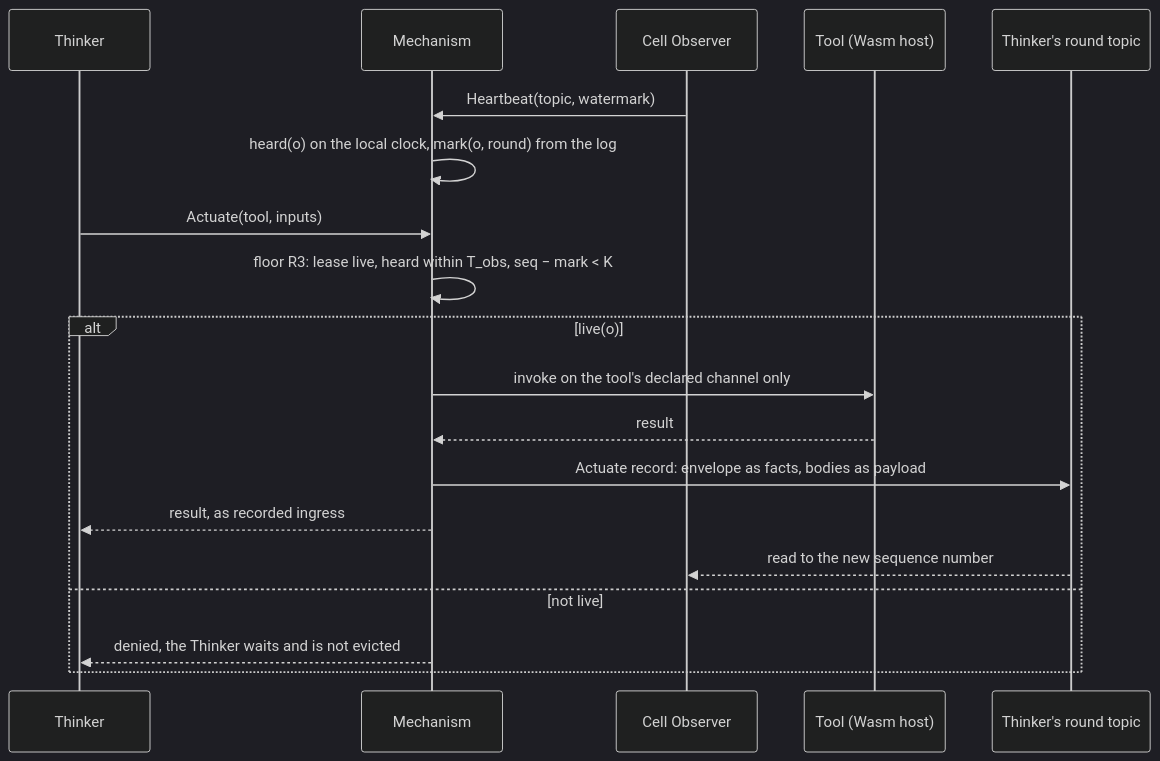
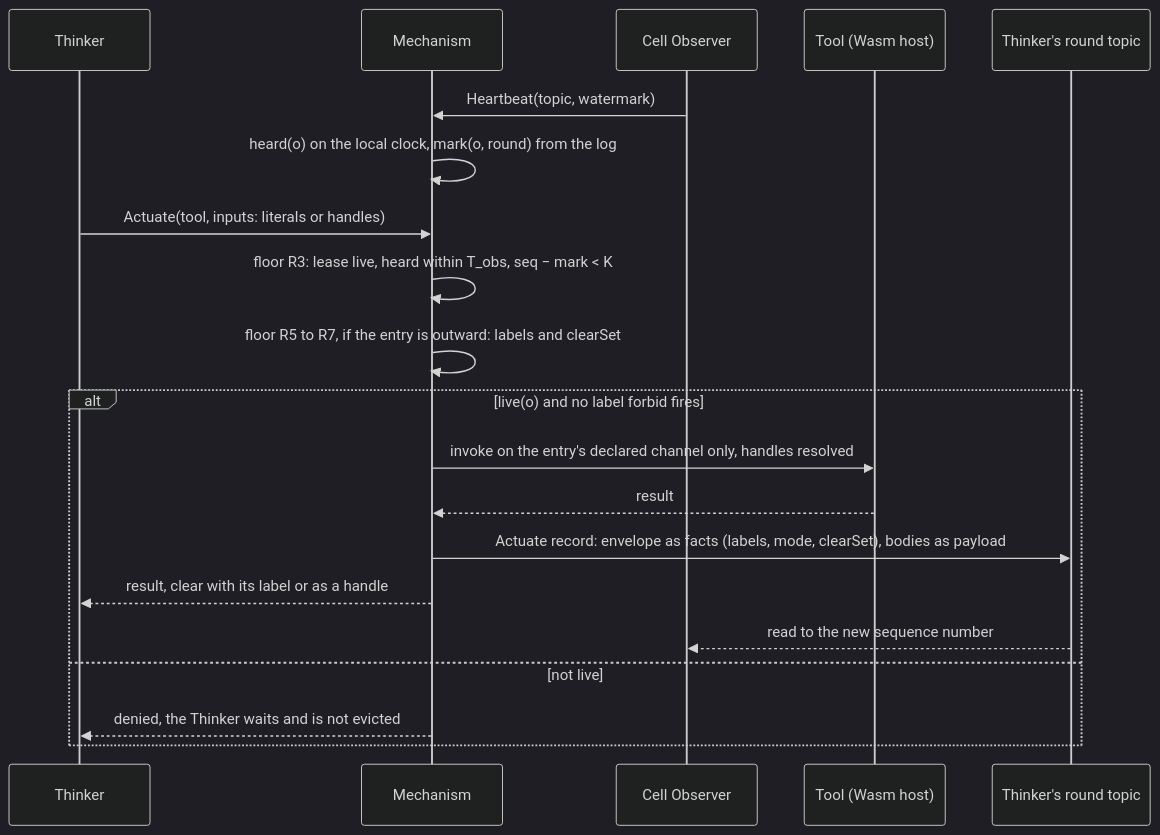
One commit to scottcochran/TOPAK changed the seventh of 12 diagrams in narrative/architecture-description.md. Above: the diagram before and after it, drawn with Mermaid (dark theme). The commit also changed other lines of this file and 7 other files, not shown here.

Commit message:
Narrative against G10: ToO revision 14, glossary, architecture description rev 2, reviewer's guide; G10 index row

````diff
--- a/narrative/architecture-description.md
+++ b/narrative/architecture-description.md
@@ -487,21 +528,22 @@
 ```mermaid
 sequenceDiagram
   participant Th as Thinker
   participant M as Mechanism
   participant Ob as Cell Observer
   participant W as Tool (Wasm host)
   participant T as Thinker's round topic
   Ob->>M: Heartbeat(topic, watermark)
   M->>M: heard(o) on the local clock, mark(o, round) from the log
-  Th->>M: Actuate(tool, inputs)
+  Th->>M: Actuate(tool, inputs: literals or handles)
   M->>M: floor R3: lease live, heard within T_obs, seq − mark < K
-  alt live(o)
-    M->>W: invoke on the tool's declared channel only
+  M->>M: floor R5 to R7, if the entry is outward: labels and clearSet
+  alt live(o) and no label forbid fires
+    M->>W: invoke on the entry's declared channel only, handles resolved
     W-->>M: result
-    M->>T: Actuate record: envelope as facts, bodies as payload
-    M-->>Th: result, as recorded ingress
+    M->>T: Actuate record: envelope as facts (labels, mode, clearSet), bodies as payload
+    M-->>Th: result, clear with its label or as a handle
     T-->>Ob: read to the new sequence number
   else not live
     M-->>Th: denied, the Thinker waits and is not evicted
   end
 ```
````
